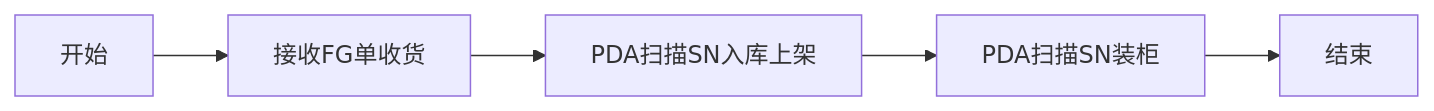
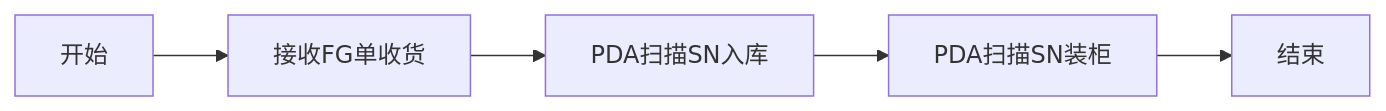
One commit to dlelyw/VTX_6501 changed the fifth of 5 diagrams in README_ZH.md. Above: the diagram before and after it, drawn with Mermaid. The commit also changed other lines of this file and 2 other files, not shown here.

````diff
--- a/README_ZH.md
+++ b/README_ZH.md
@@ -384,7 +409,7 @@
 ```mermaid
 graph LR
     A[开始] --> B[接收FG单收货]
-    B --> C[PDA扫描SN入库上架]
+    B --> C[PDA扫描SN入库]
     C --> D[PDA扫描SN装柜]
     D --> E[结束]
 ```
````
